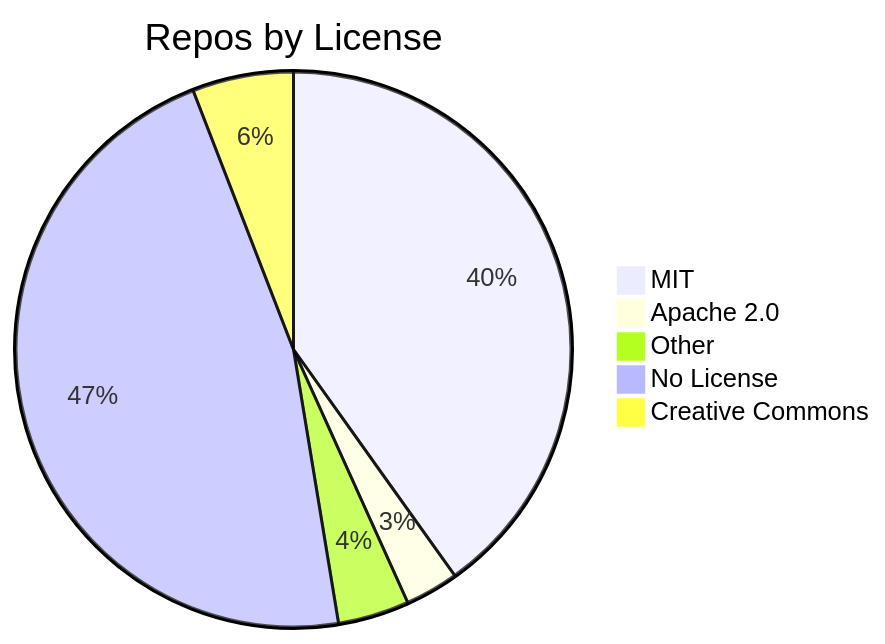
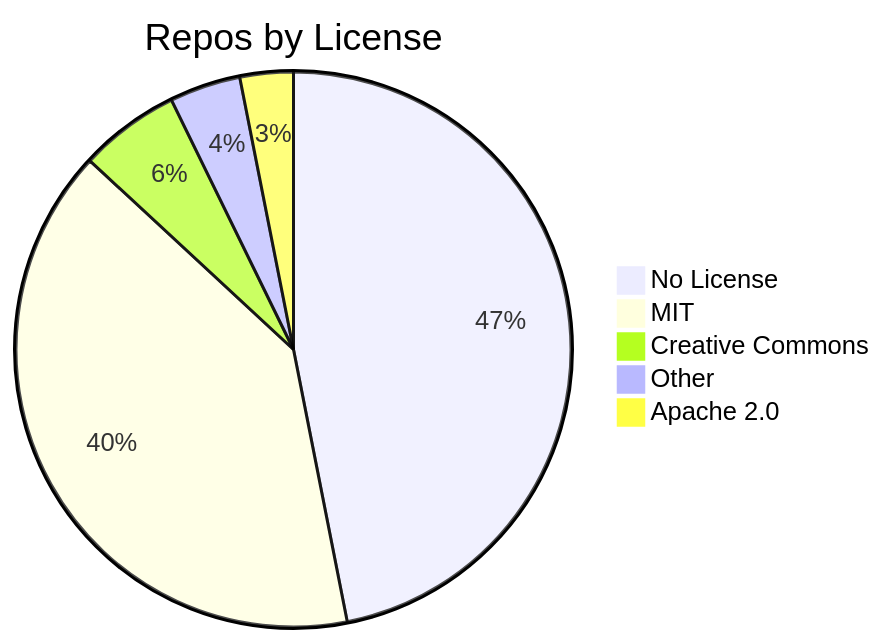
Before and after one commit to jpatterson933/awesome-mcp-server-repo-index: the diagram in README.md, drawn with Mermaid. The commit also changed other lines of this file and 3 other files, not shown here.

````diff
--- a/README.md
+++ b/README.md
@@ -29,8 +29,8 @@
 ```mermaid
 pie title Repos by License
+    "No License" : 136
     "MIT" : 116
+    "Creative Commons" : 17
+    "Other" : 12
     "Apache 2.0" : 9
-    "Other" : 12
-    "No License" : 135
-    "Creative Commons" : 17
 ```
````
